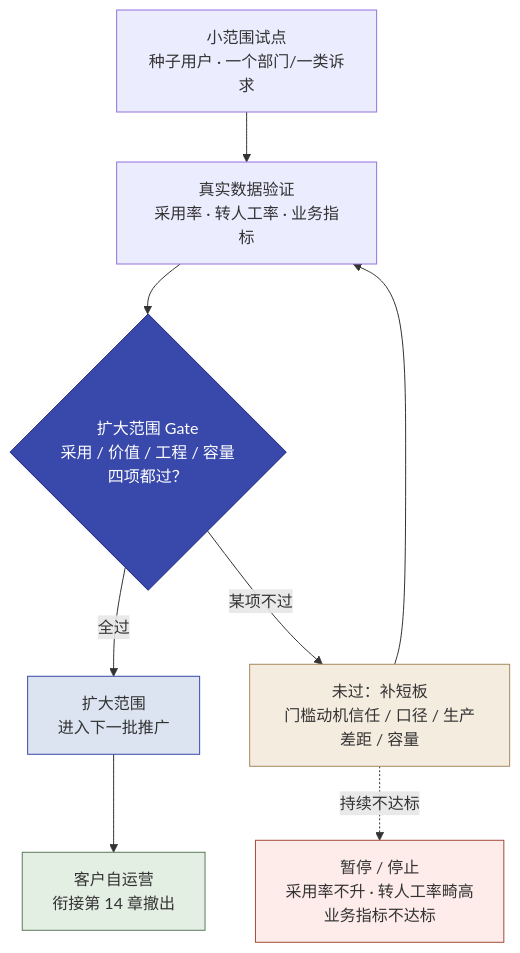
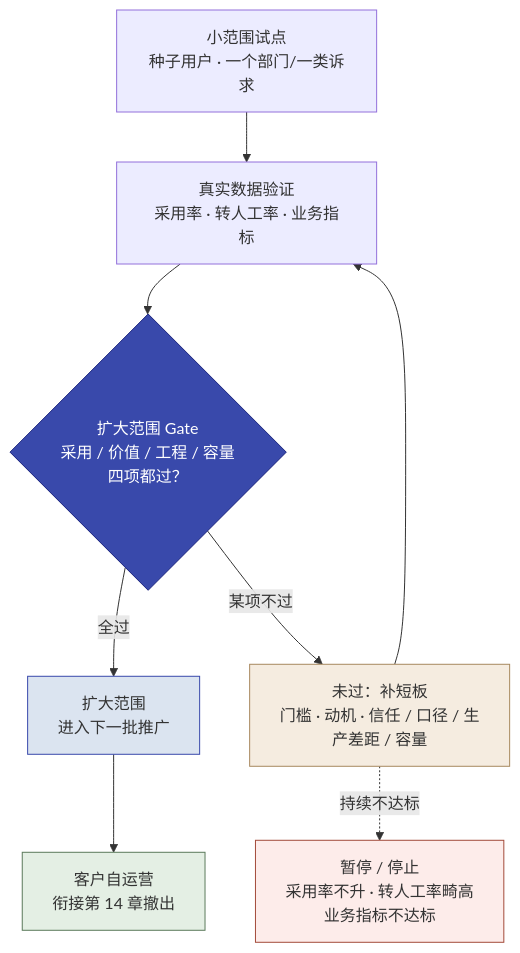
One commit to cloudzun/fde-102 changed the second of 3 diagrams in textbook/第15章_Echo价值化_业务Scale_价值落地_组织采纳与能力回注.md. Above: the diagram before and after it, drawn with Mermaid. The commit also changed other lines of this file and 12 other files, not shown here.

````diff
--- a/textbook/第15章_Echo价值化_业务Scale_价值落地_组织采纳与能力回注.md
+++ b/textbook/第15章_Echo价值化_业务Scale_价值落地_组织采纳与能力回注.md
@@ -209,19 +214,19 @@
 ```mermaid
 flowchart TB
     P["小范围试点<br/>种子用户 · 一个部门/一类诉求"]
     V["真实数据验证<br/>采用率 · 转人工率 · 业务指标"]
     G{"扩大范围 Gate<br/>采用 / 价值 / 工程 / 容量<br/>四项都过？"}
     EXP["扩大范围<br/>进入下一批推广"]
     OP["客户自运营<br/>衔接第 14 章撤出"]
-    FIX["未过：补短板<br/>门槛动机信任 / 口径 / 生产差距 / 容量"]
+    FIX["未过：补短板<br/>门槛 · 动机 · 信任 / 口径 / 生产差距 / 容量"]
     STOP["暂停 / 停止<br/>采用率不升 · 转人工率畸高<br/>业务指标不达标"]
     P --> V --> G
     G -- 全过 --> EXP --> OP
     G -- 某项不过 --> FIX --> V
     FIX -. 持续不达标 .-> STOP
     style G fill:#3949ab,color:#fff,stroke:#1a237e
     style EXP fill:#dbe4f0,stroke:#3949ab
     style OP fill:#e4efe4,stroke:#5b7a5b
     style FIX fill:#f5ece0,stroke:#a8895f
     style STOP fill:#fdecea,stroke:#a34a3a
 ```
````
